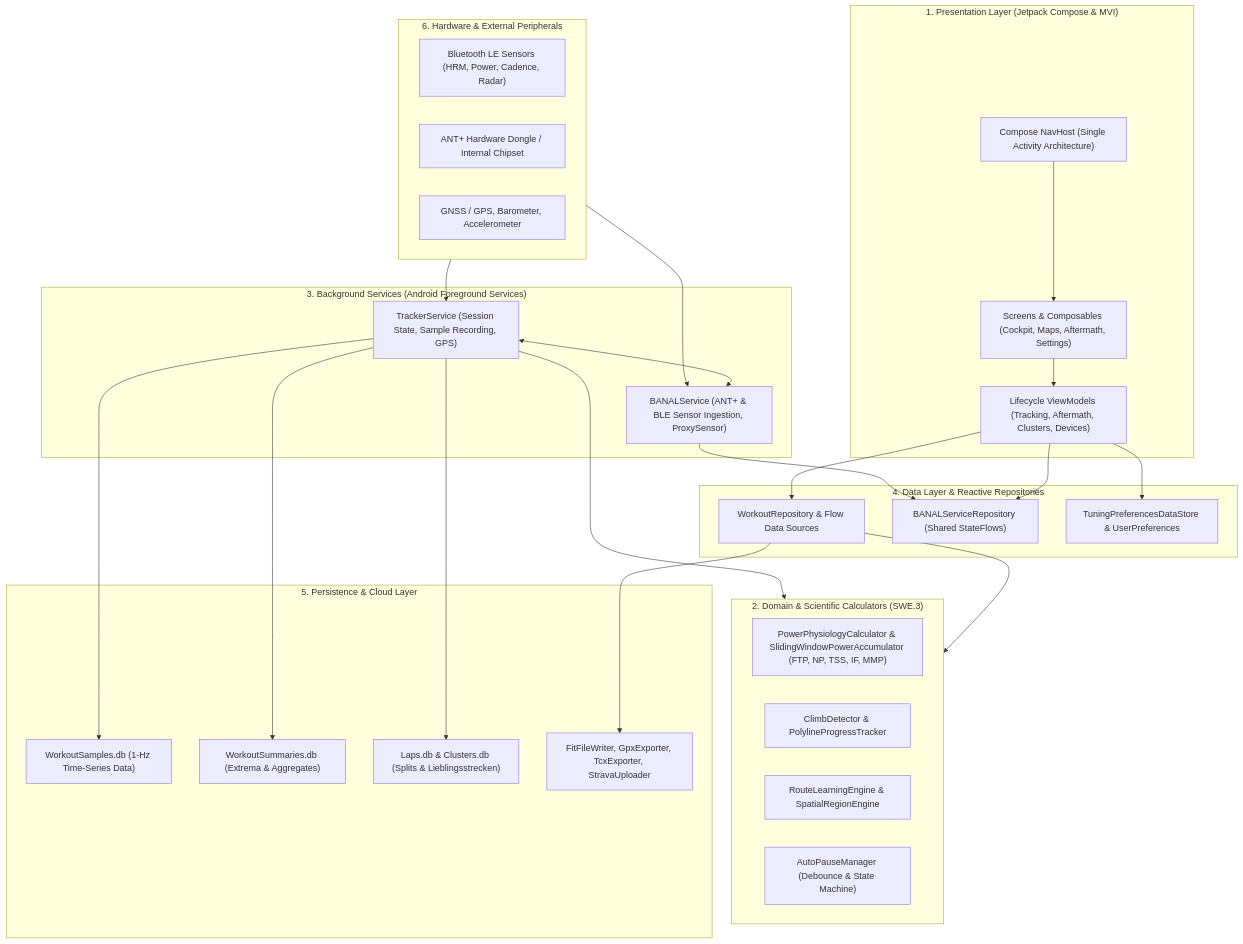
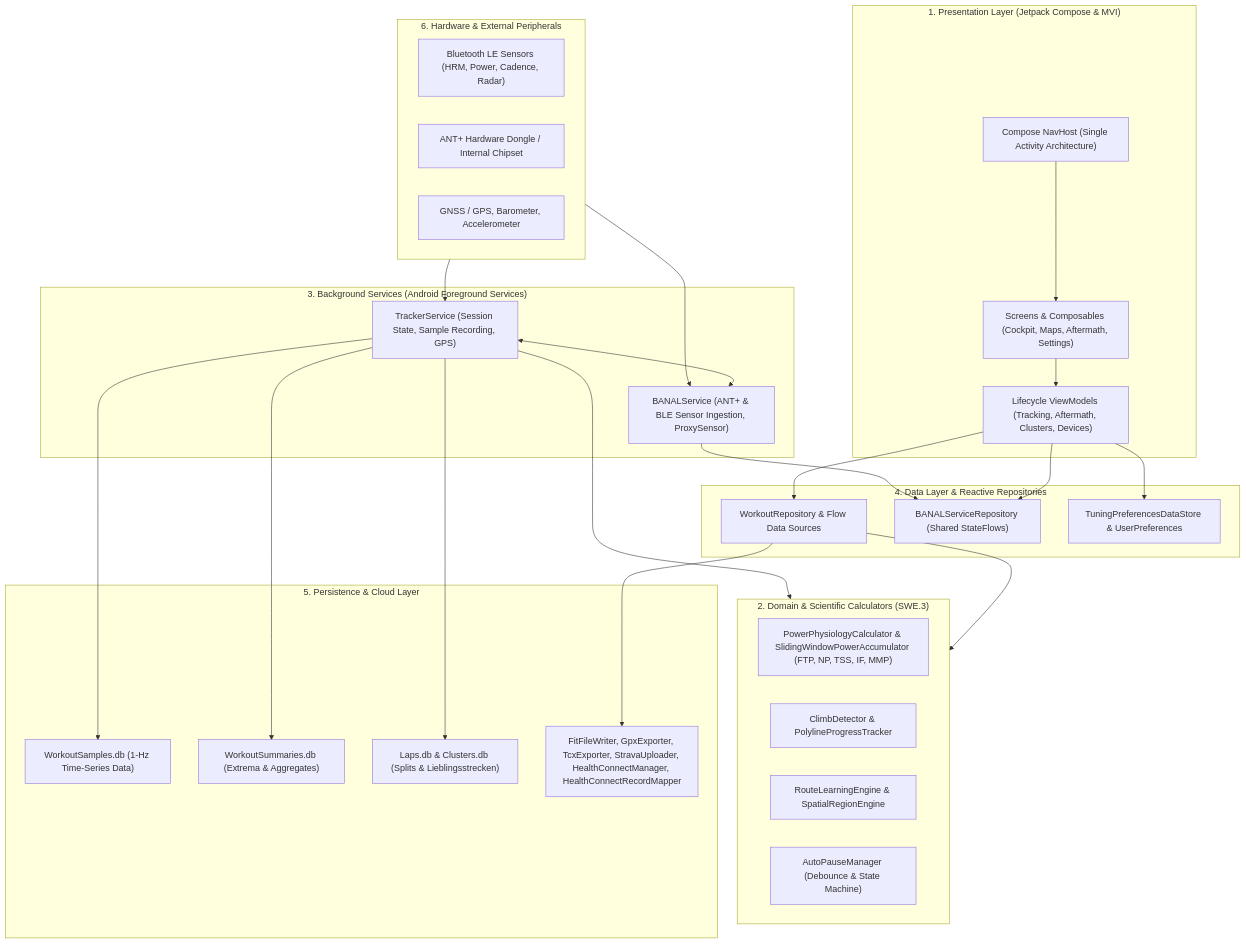
The first of 4 diagrams in docs/architecture.md (rainerblind/aTrainingTracker), drawn with Mermaid before and after one commit. The commit also changed other lines of this file and 31 other files, not shown here.

Commit message:
ATT-3052: [Verbesserung] Synchronize completed workouts and telemetry series to Android Health Connect

````diff
--- a/docs/architecture.md
+++ b/docs/architecture.md
@@ -11,59 +11,59 @@
 ```mermaid
 graph TD
     subgraph UI_Layer["1. Presentation Layer (Jetpack Compose & MVI)"]
         NavHost["Compose NavHost (Single Activity Architecture)"]
         Screens["Screens & Composables (Cockpit, Maps, Aftermath, Settings)"]
         ViewModels["Lifecycle ViewModels (Tracking, Aftermath, Clusters, Devices)"]
     end
 
     subgraph Domain_Layer["2. Domain & Scientific Calculators (SWE.3)"]
         Physiology["PowerPhysiologyCalculator & SlidingWindowPowerAccumulator (FTP, NP, TSS, IF, MMP)"]
         Climbs["ClimbDetector & PolylineProgressTracker"]
         Clusters["RouteLearningEngine & SpatialRegionEngine"]
         AutoPause["AutoPauseManager (Debounce & State Machine)"]
     end
 
     subgraph Service_Layer["3. Background Services (Android Foreground Services)"]
         TrackerService["TrackerService (Session State, Sample Recording, GPS)"]
         BANALService["BANALService (ANT+ & BLE Sensor Ingestion, ProxySensor)"]
     end
 
     subgraph Data_Layer["4. Data Layer & Reactive Repositories"]
         WorkoutRepo["WorkoutRepository & Flow Data Sources"]
         BANALRepo["BANALServiceRepository (Shared StateFlows)"]
         SettingsRepo["TuningPreferencesDataStore & UserPreferences"]
     end
 
     subgraph Persistence_Layer["5. Persistence & Cloud Layer"]
         SamplesDB["WorkoutSamples.db (1-Hz Time-Series Data)"]
         SummariesDB["WorkoutSummaries.db (Extrema & Aggregates)"]
         LapsDB["Laps.db & Clusters.db (Splits & Lieblingsstrecken)"]
-        Exporters["FitFileWriter, GpxExporter, TcxExporter, StravaUploader"]
+        Exporters["FitFileWriter, GpxExporter, TcxExporter, StravaUploader, HealthConnectManager, HealthConnectRecordMapper"]
     end
 
     subgraph Hardware_Layer["6. Hardware & External Peripherals"]
         BLE["Bluetooth LE Sensors (HRM, Power, Cadence, Radar)"]
         ANT["ANT+ Hardware Dongle / Internal Chipset"]
         Sensors["GNSS / GPS, Barometer, Accelerometer"]
     end
 
     NavHost --> Screens
     Screens --> ViewModels
     ViewModels --> WorkoutRepo
     ViewModels --> BANALRepo
     ViewModels --> SettingsRepo
 
     WorkoutRepo --> Domain_Layer
     TrackerService --> Domain_Layer
     TrackerService --> SamplesDB
     TrackerService --> SummariesDB
     TrackerService --> LapsDB
 
     BANALService --> BANALRepo
     TrackerService <--> BANALService
 
     Hardware_Layer --> BANALService
     Hardware_Layer --> TrackerService
 
     WorkoutRepo --> Exporters
 ```
````
